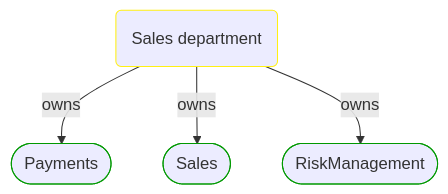
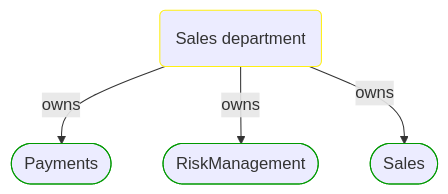
Before and after one commit to itlibrium/DDD-starter-dotnet: the diagram in Docs/P3/MermaidOutput/BusinessOrganizationalUnits/Sales department.md, drawn with Mermaid. The commit also changed 78 other files, not shown here.

````diff
--- a/Docs/P3/MermaidOutput/BusinessOrganizationalUnits/Sales department.md
+++ b/Docs/P3/MermaidOutput/BusinessOrganizationalUnits/Sales department.md
@@ -16,17 +16,17 @@
 ```mermaid
   flowchart TB
     0(Sales department)
     class 0 PeoplePerspective
     1([Payments])
     class 1 DomainPerspective
     0-->|owns|1
-    2([Sales])
+    2([RiskManagement])
     class 2 DomainPerspective
     0-->|owns|2
-    3([RiskManagement])
+    3([Sales])
     class 3 DomainPerspective
     0-->|owns|3
     classDef DomainPerspective stroke:#009900
     classDef TechnologyPerspective stroke:#1F41EB
     classDef PeoplePerspective stroke:#FFF014
 ```
````
